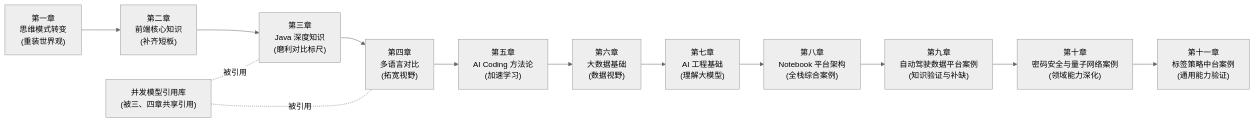
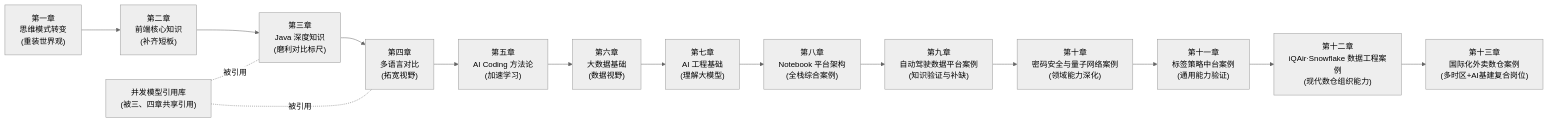
One commit to LiPingjiang/Full-Stack-Knowledge-Book changed the diagram in README.md. Above: the diagram before and after it, drawn with Mermaid (neutral theme). The commit also changed other lines of this file and 26 other files, not shown here.

````diff
--- a/README.md
+++ b/README.md
@@ -33,15 +33,17 @@
 ```mermaid
 flowchart LR
     C1["第一章<br/>思维模式转变<br/>(重装世界观)"] --> C2["第二章<br/>前端核心知识<br/>(补齐短板)"]
     C2 --> C3["第三章<br/>Java 深度知识<br/>(磨利对比标尺)"]
     C3 --> C4["第四章<br/>多语言对比<br/>(拓宽视野)"]
     C4 --> C5["第五章<br/>AI Coding 方法论<br/>(加速学习)"]
     C5 --> C6["第六章<br/>大数据基础<br/>(数据视野)"]
     C6 --> C7["第七章<br/>AI 工程基础<br/>(理解大模型)"]
     C7 --> C8["第八章<br/>Notebook 平台架构<br/>(全栈综合案例)"]
     C8 --> C9["第九章<br/>自动驾驶数据平台案例<br/>(知识验证与补缺)"]
     C9 --> C10["第十章<br/>密码安全与量子网络案例<br/>(领域能力深化)"]
     C10 --> C11["第十一章<br/>标签策略中台案例<br/>(通用能力验证)"]
+    C11 --> C12["第十二章<br/>iQAir·Snowflake 数据工程案例<br/>(现代数仓组织能力)"]
+    C12 --> C13["第十三章<br/>国际化外卖数仓案例<br/>(多时区+AI基建复合岗位)"]
     REF["并发模型引用库<br/>(被三、四章共享引用)"] -.被引用.- C3
     REF -.被引用.- C4
 ```
````
